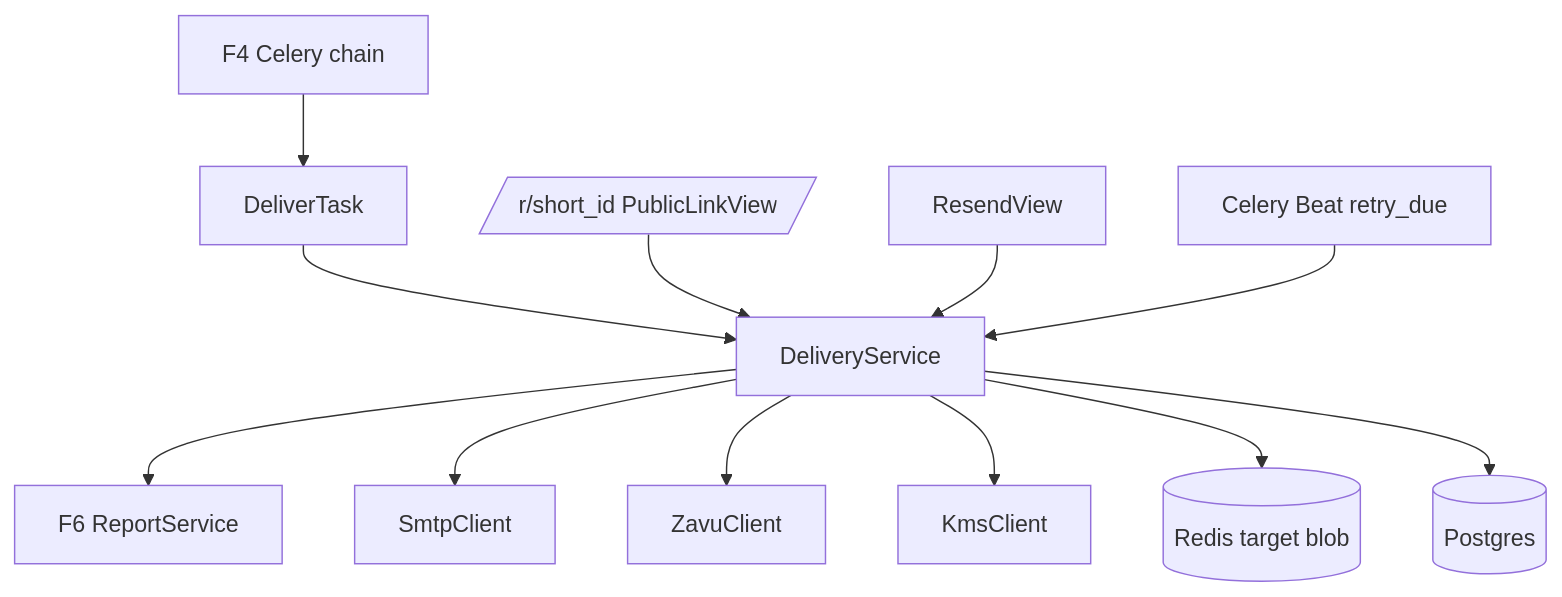
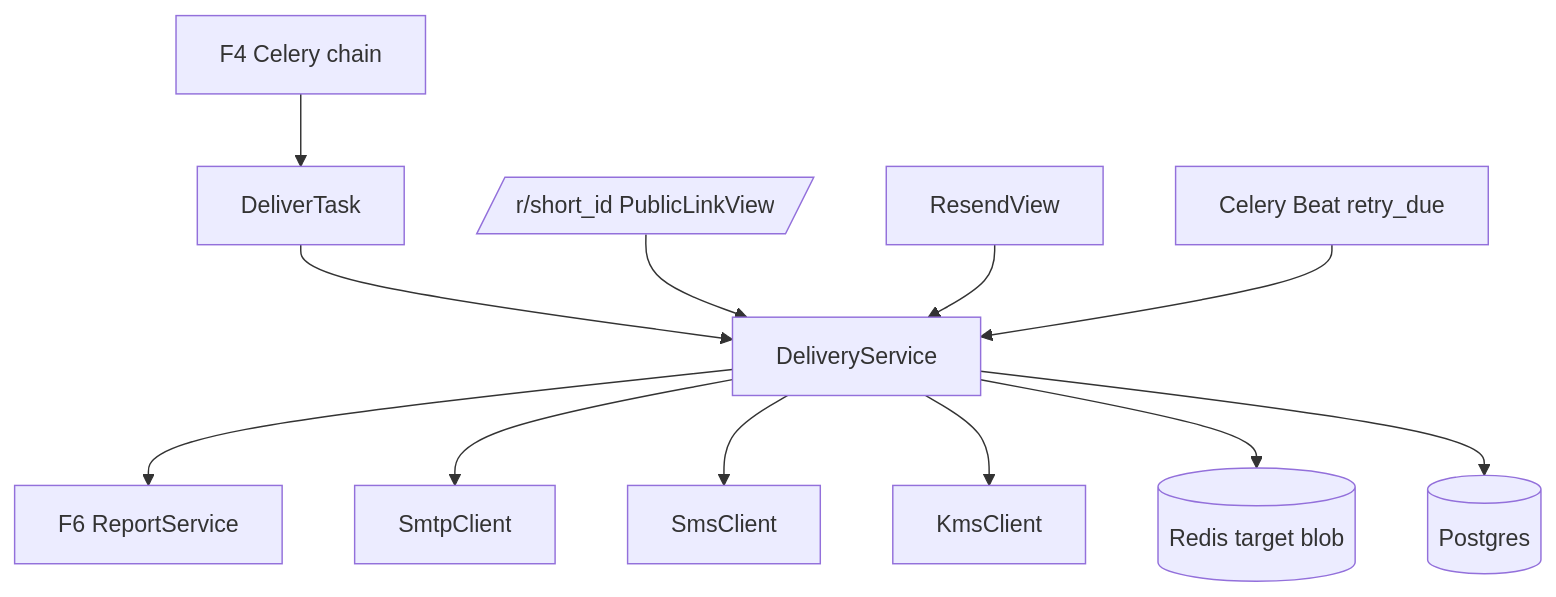
One commit to Casa-Segura/casa-segura changed the first of 10 diagrams in docs/analysis/F7_entrega_multicanal/INTERACTION_DIAGRAMS.md. Above: the diagram before and after it, drawn with Mermaid. The commit also changed other lines of this file and 67 other files, not shown here.

````diff
--- a/docs/analysis/F7_entrega_multicanal/INTERACTION_DIAGRAMS.md
+++ b/docs/analysis/F7_entrega_multicanal/INTERACTION_DIAGRAMS.md
@@ -9,25 +9,25 @@
 ```mermaid
 graph TD
     F4Chain[F4 Celery chain]
     Task[DeliverTask]
     Beat[Celery Beat retry_due]
     Svc[DeliveryService]
     R[F6 ReportService]
     SMTP[SmtpClient]
-    Zavu[ZavuClient]
+    Sms[SmsClient]
     KMS[KmsClient]
     Redis[(Redis target blob)]
     PG[(Postgres)]
     Public[/r/short_id PublicLinkView/]
     Resend[ResendView]
 
     F4Chain --> Task --> Svc --> R
     Svc --> SMTP
-    Svc --> Zavu
+    Svc --> Sms
     Svc --> KMS
     Svc --> Redis
     Svc --> PG
     Public --> Svc
     Resend --> Svc
     Beat --> Svc
 ```
````
